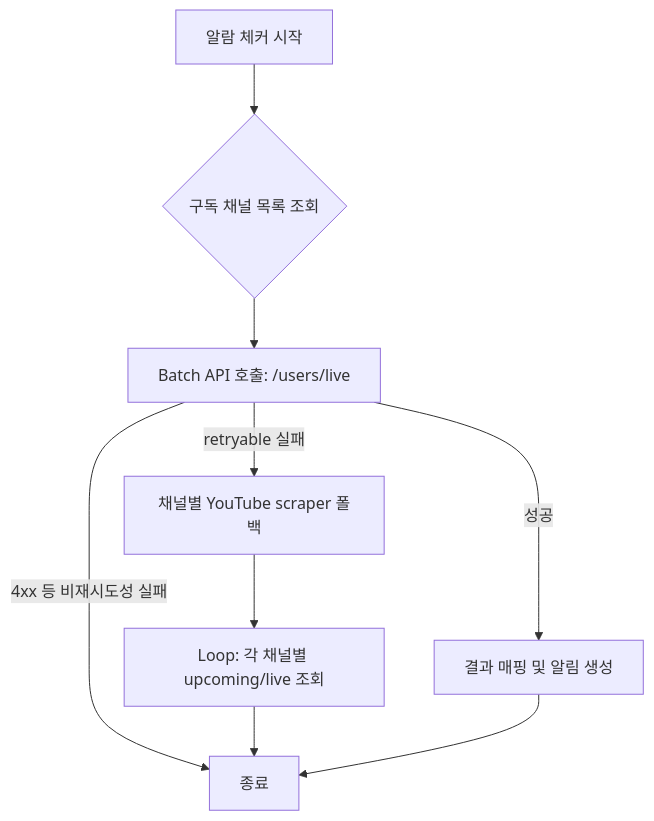
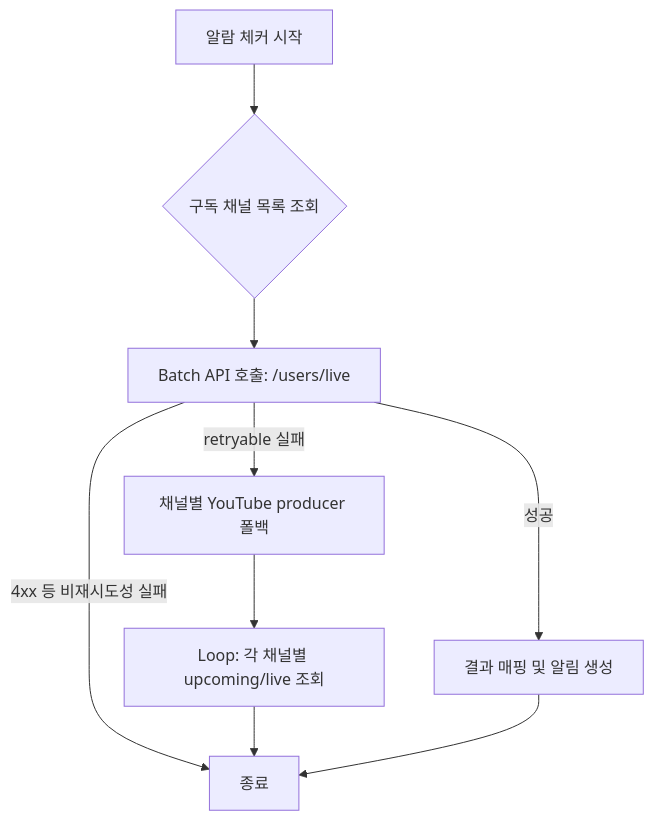
Before and after one commit to park285/hololive-bot: the diagram in hololive/hololive-kakao-bot-go/docs/holodex_optimization_report.md, drawn with Mermaid. The commit also changed other lines of this file and 425 other files, not shown here.

````diff
--- a/hololive/hololive-kakao-bot-go/docs/holodex_optimization_report.md
+++ b/hololive/hololive-kakao-bot-go/docs/holodex_optimization_report.md
@@ -51,14 +51,14 @@
 ```mermaid
 graph TD
     A[알람 체커 시작] --> B{구독 채널 목록 조회}
     B --> C[Batch API 호출: /users/live]
     
     C -- 성공 --> D[결과 매핑 및 알림 생성]
-    C -- retryable 실패 --> E[채널별 YouTube scraper 폴백]
+    C -- retryable 실패 --> E[채널별 YouTube producer 폴백]
     C -- 4xx 등 비재시도성 실패 --> J[에러 반환]
     
     E --> F[Loop: 각 채널별 upcoming/live 조회]
     F --> J
     
     D --> J[종료]
 ```
````
